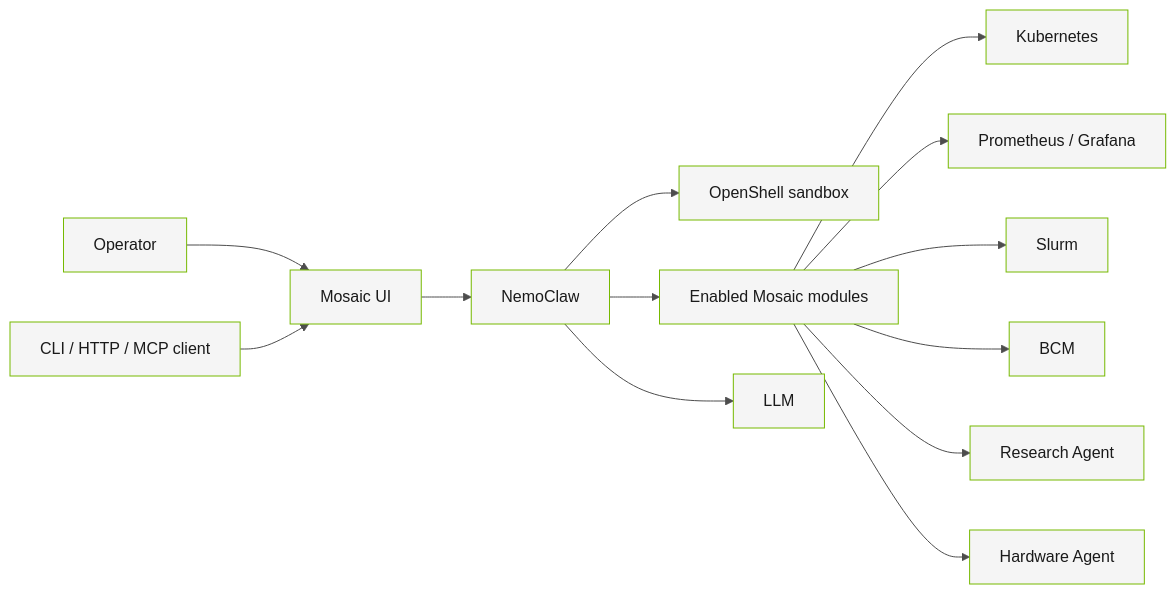
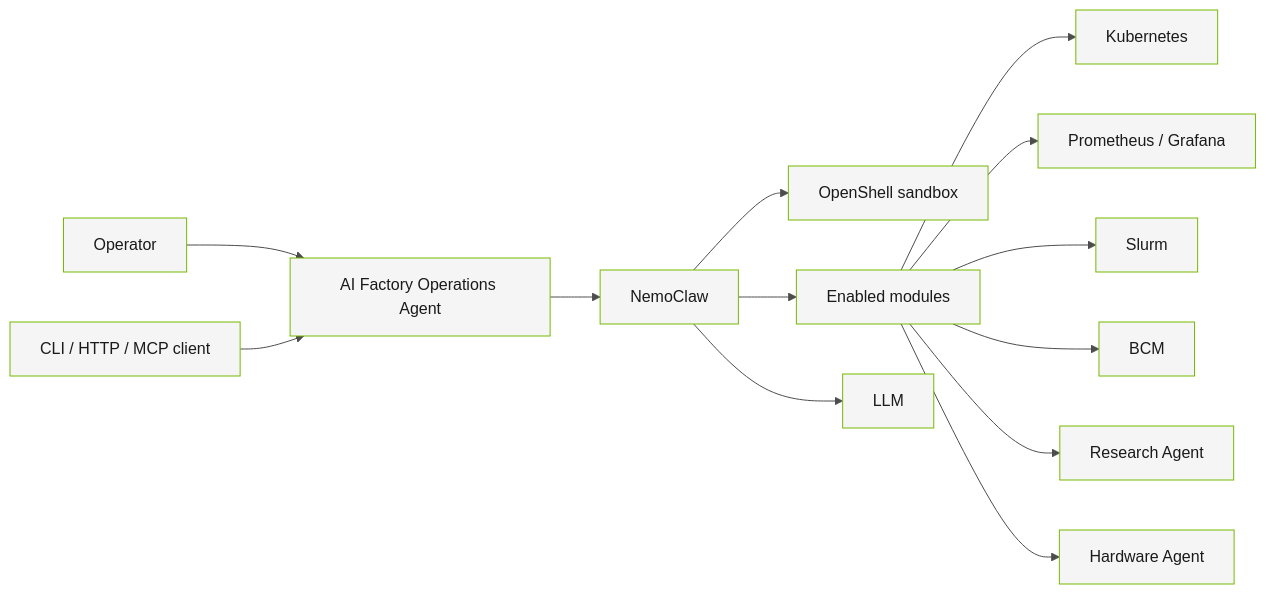
The diagram in README.md (NVIDIA/AI-Factory-Operations-Agent), drawn with Mermaid before and after one commit. The commit also changed other lines of this file and 14 other files, not shown here.

````diff
--- a/README.md
+++ b/README.md
@@ -19,16 +19,16 @@
 ```mermaid
 %%{init: {"theme":"base","themeVariables":{"primaryColor":"#f5f5f5","primaryBorderColor":"#76b900","primaryTextColor":"#1a1a1a","lineColor":"#4d4d4d","secondaryColor":"#ffffff","tertiaryColor":"#ffffff"}}}%%
 flowchart LR
-    operator[Operator] --> ui[Mosaic UI]
+    operator[Operator] --> ui[AI Factory Operations Agent]
     client[CLI / HTTP / MCP client] --> ui
     ui --> gateway[NemoClaw]
     gateway --> sandbox[OpenShell sandbox]
-    gateway --> modules[Enabled Mosaic modules]
+    gateway --> modules[Enabled modules]
     gateway --> llm[LLM]
     modules --> k8s[Kubernetes]
     modules --> obs[Prometheus / Grafana]
     modules --> slurm[Slurm]
     modules --> bcm[BCM]
     modules --> research[Research Agent]
     modules --> hardware[Hardware Agent]
 ```
````
